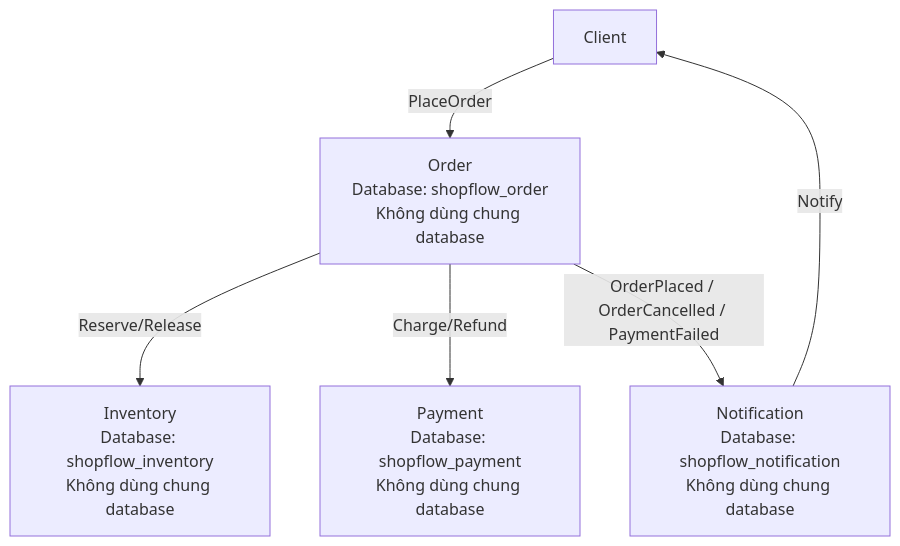
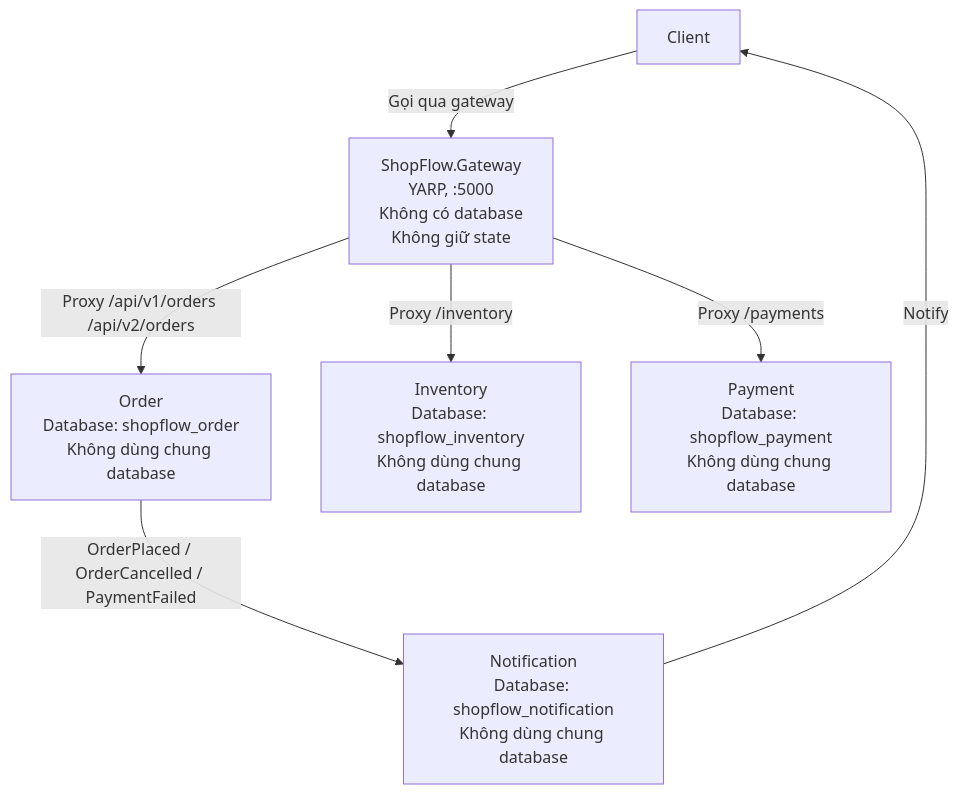
Before and after one commit to thaophamhetxat/shopflow: the diagram in docs/architecture-diagram.md, drawn with Mermaid. The commit also changed 11 other files, not shown here.

Commit message:
Day 49: api gateway with yarp

````diff
--- a/docs/architecture-diagram.md
+++ b/docs/architecture-diagram.md
@@ -7,8 +7,9 @@
 ```mermaid
 flowchart TD
-    Client[Client] -->|PlaceOrder| Order[Order\nDatabase: shopflow_order\nKhông dùng chung database]
-    Order -->|Reserve/Release| Inventory[Inventory\nDatabase: shopflow_inventory\nKhông dùng chung database]
-    Order -->|Charge/Refund| Payment[Payment\nDatabase: shopflow_payment\nKhông dùng chung database]
+    Client[Client] -->|Gọi qua gateway| Gateway[ShopFlow.Gateway\nYARP, :5000\nKhông có database\nKhông giữ state]
+    Gateway -->|Proxy /api/v1/orders /api/v2/orders| Order[Order\nDatabase: shopflow_order\nKhông dùng chung database]
+    Gateway -->|Proxy /inventory| Inventory[Inventory\nDatabase: shopflow_inventory\nKhông dùng chung database]
+    Gateway -->|Proxy /payments| Payment[Payment\nDatabase: shopflow_payment\nKhông dùng chung database]
     Order -->|OrderPlaced / OrderCancelled / PaymentFailed| Notification[Notification\nDatabase: shopflow_notification\nKhông dùng chung database]
     Notification -->|Notify| Client
 ```
````
